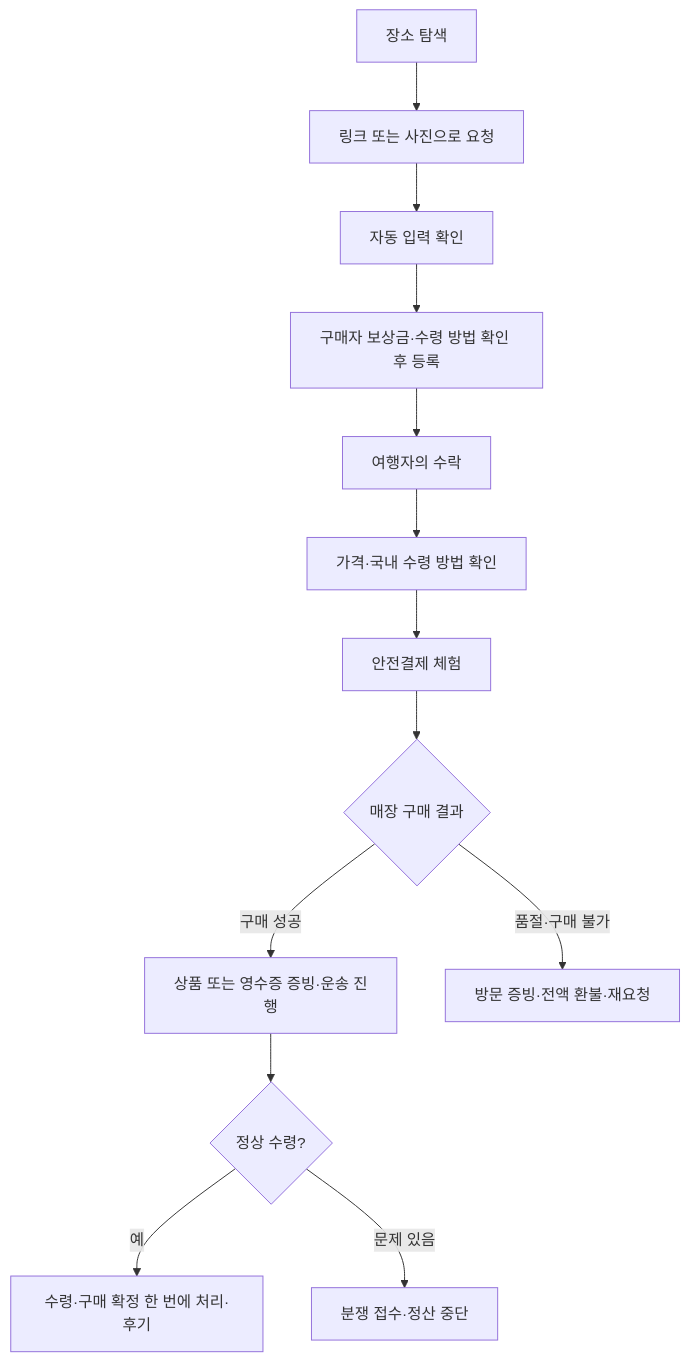
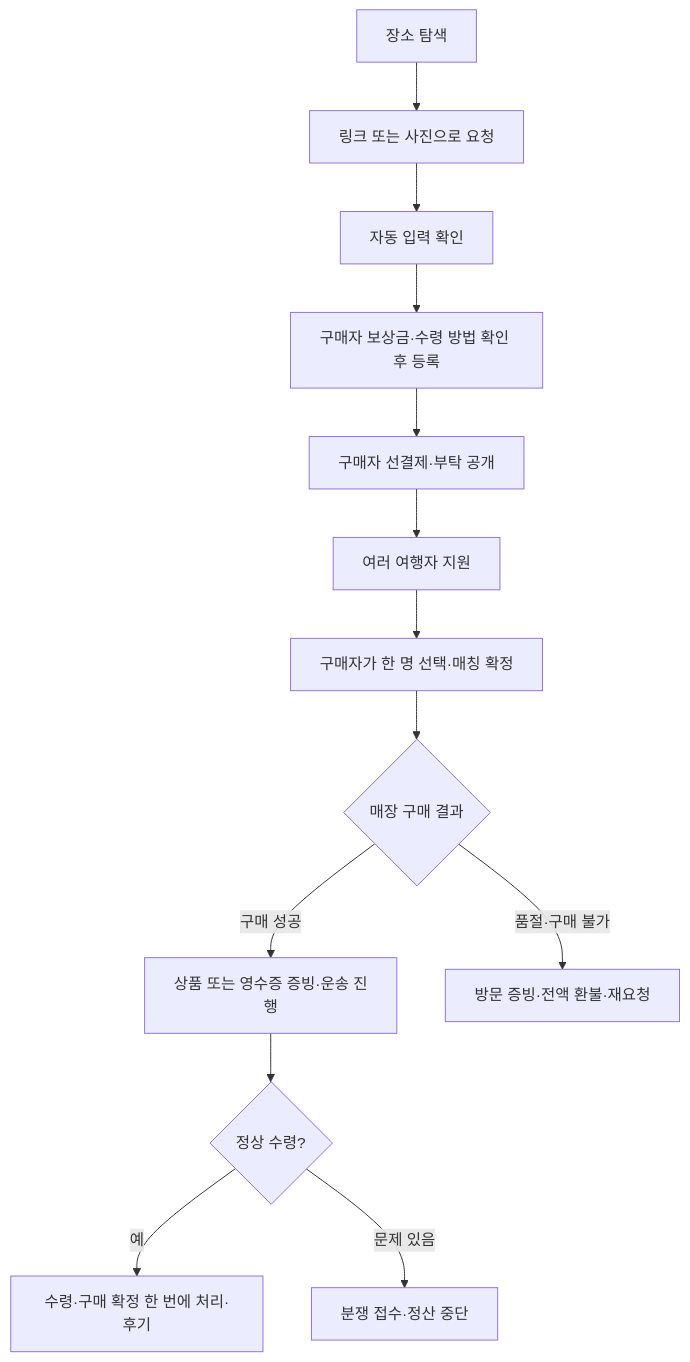
Before and after one commit to sounkimha/moa: the first of 2 diagrams in docs/01-product-and-flows.md, drawn with Mermaid. The commit also changed other lines of this file and 43 other files, not shown here.

````diff
--- a/docs/01-product-and-flows.md
+++ b/docs/01-product-and-flows.md
@@ -18,15 +18,15 @@
 ```mermaid
 flowchart TD
   A["장소 탐색"] --> B["링크 또는 사진으로 요청"]
   B --> C["자동 입력 확인"]
   C --> D["구매자 보상금·수령 방법 확인 후 등록"]
-  D --> E["여행자의 수락"]
-  E --> F["가격·국내 수령 방법 확인"]
-  F --> G["안전결제 체험"]
+  D --> E["구매자 선결제·부탁 공개"]
+  E --> F["여러 여행자 지원"]
+  F --> G["구매자가 한 명 선택·매칭 확정"]
   G --> H{"매장 구매 결과"}
   H -->|구매 성공| L["상품 또는 영수증 증빙·운송 진행"]
   H -->|품절·구매 불가| M["방문 증빙·전액 환불·재요청"]
   L --> I{"정상 수령?"}
   I -->|예| J["수령·구매 확정 한 번에 처리·후기"]
   I -->|문제 있음| K["분쟁 접수·정산 중단"]
 ```
````
